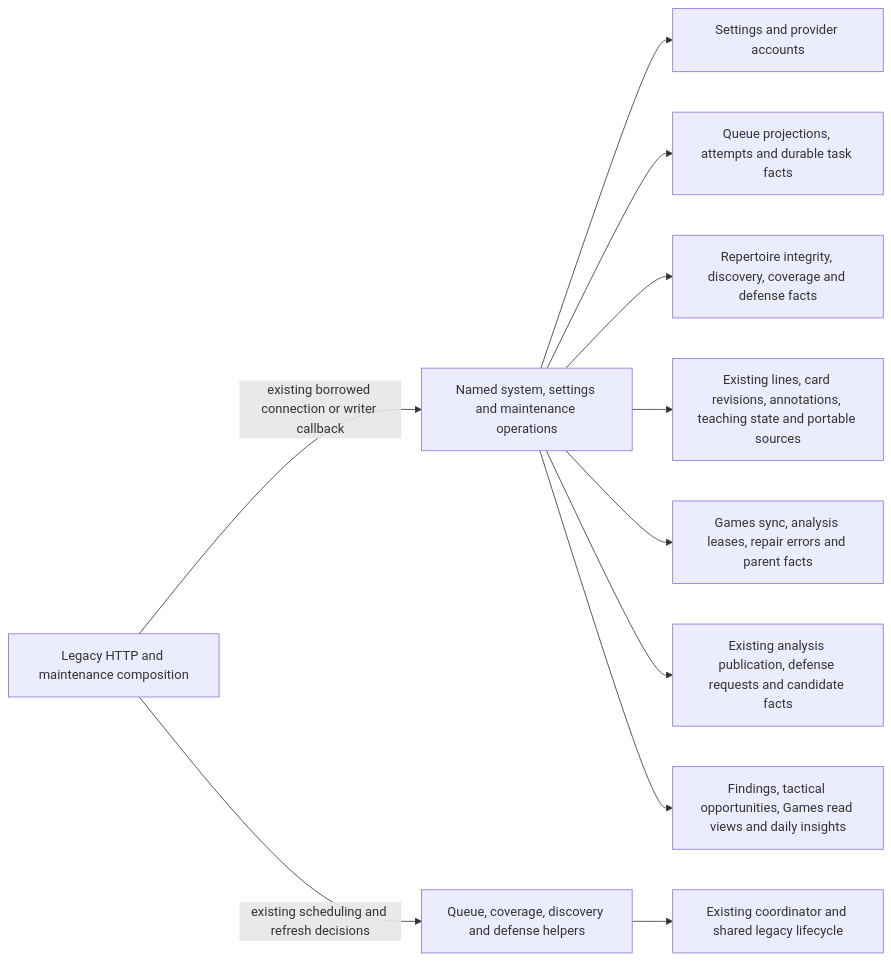
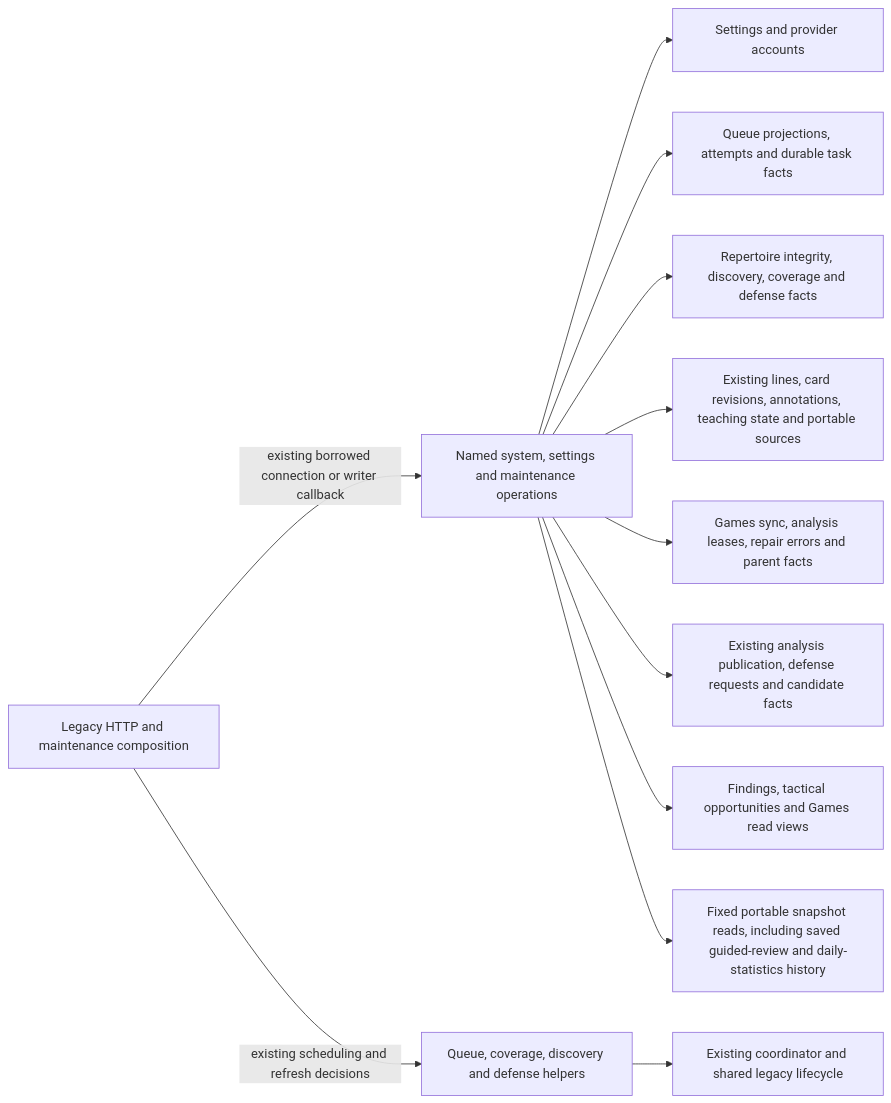
The diagram in database/tempo_legacy_database/adapters/http_composition/README.md (aaweaver-actuary/tempo), drawn with Mermaid before and after one commit. The commit also changed other lines of this file and 19 other files, not shown here.

````diff
--- a/database/tempo_legacy_database/adapters/http_composition/README.md
+++ b/database/tempo_legacy_database/adapters/http_composition/README.md
@@ -23,13 +23,14 @@
 ```mermaid
 flowchart LR
   http[Legacy HTTP and maintenance composition] -->|existing borrowed connection or writer callback| store[Named system, settings and maintenance operations]
   http -->|existing scheduling and refresh decisions| jobs[Queue, coverage, discovery and defense helpers]
   store --> settings[Settings and provider accounts]
   store --> queue[Queue projections, attempts and durable task facts]
   store --> source[Repertoire integrity, discovery, coverage and defense facts]
   store --> authoring[Existing lines, card revisions, annotations, teaching state and portable sources]
   store --> games[Games sync, analysis leases, repair errors and parent facts]
   store --> publication[Existing analysis publication, defense requests and candidate facts]
-  store --> projections[Findings, tactical opportunities, Games read views and daily insights]
+  store --> projections["Findings, tactical opportunities and Games read views"]
+  store --> snapshots["Fixed portable snapshot reads, including saved guided-review and daily-statistics history"]
   jobs --> lifecycle[Existing coordinator and shared legacy lifecycle]
 ```
````
